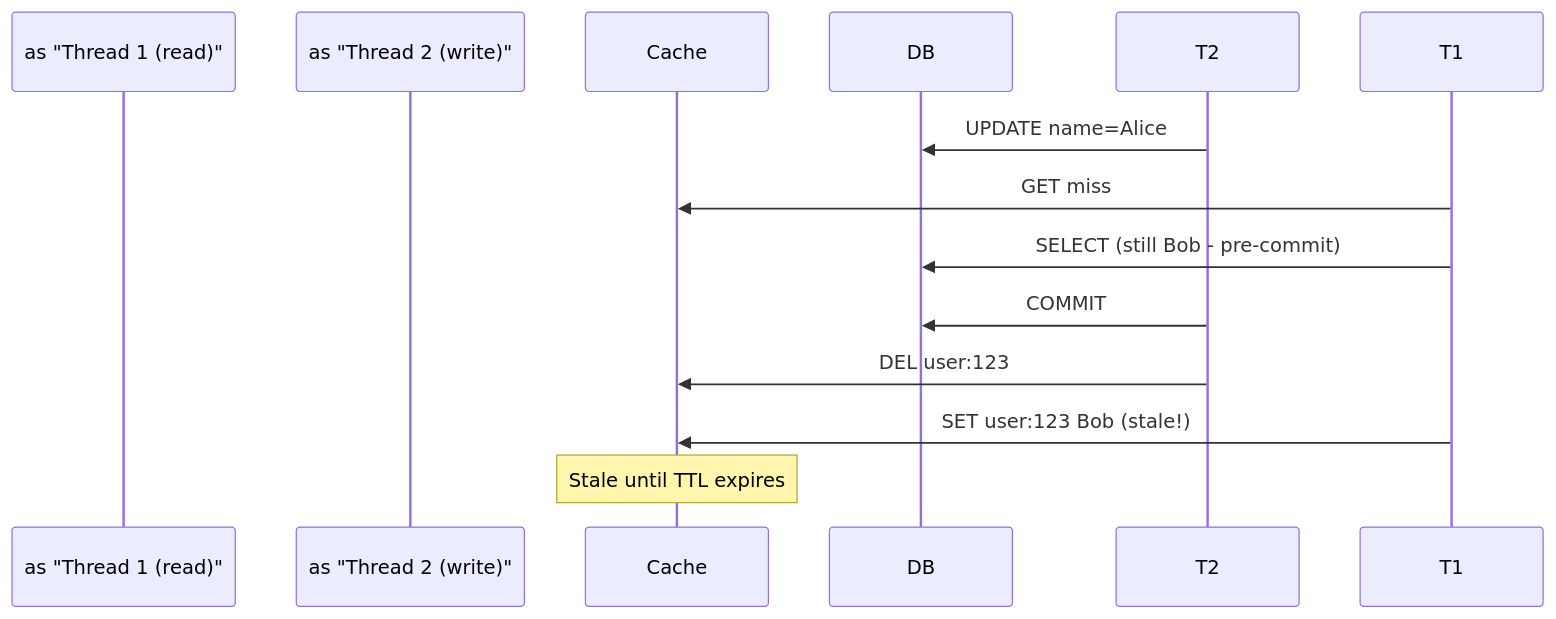
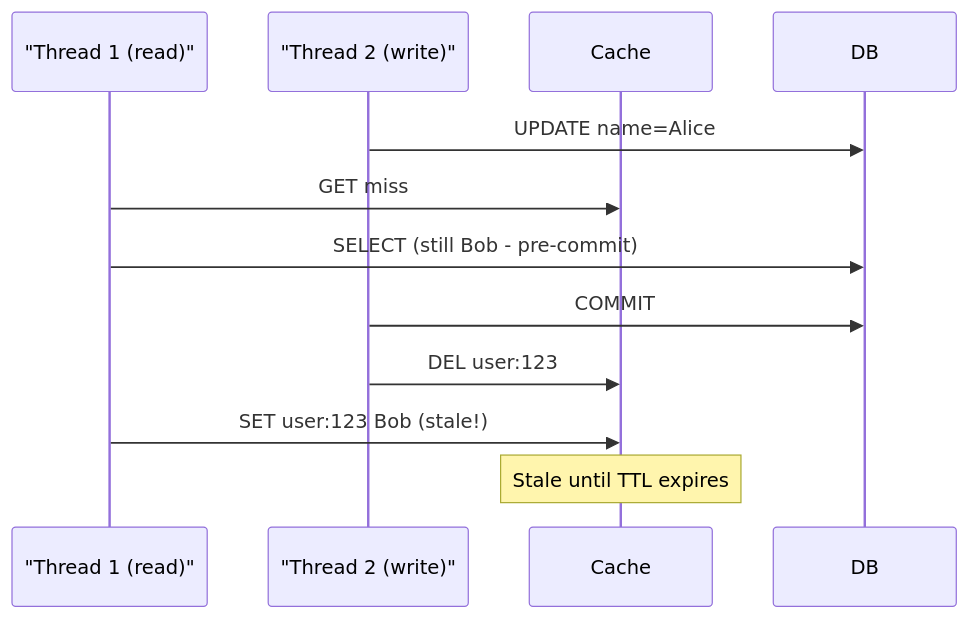
Diagram 13 of 19 in 03-caching/README.md (hareramcse/SystemDesign), drawn with Mermaid before and after one commit. The commit also changed 6 other files, not shown here.

````diff
--- a/03-caching/README.md
+++ b/03-caching/README.md
@@ -750,14 +750,14 @@
 ```mermaid
 sequenceDiagram
-    participant  as "Thread 1 (read)"
-    participant  as "Thread 2 (write)"
+    participant T1 as "Thread 1 (read)"
+    participant T2 as "Thread 2 (write)"
     participant Cache
     participant DB
     T2->>DB: UPDATE name=Alice
     T1->>Cache: GET miss
     T1->>DB: SELECT (still Bob - pre-commit)
     T2->>DB: COMMIT
     T2->>Cache: DEL user:123
     T1->>Cache: SET user:123 Bob (stale!)
     Note over Cache: Stale until TTL expires
 ```
````
